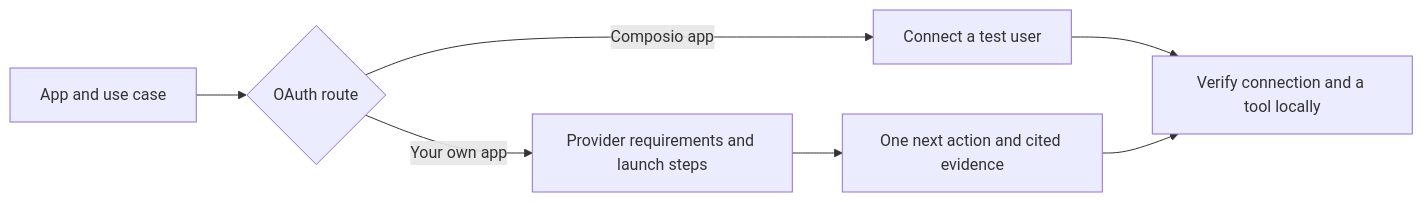
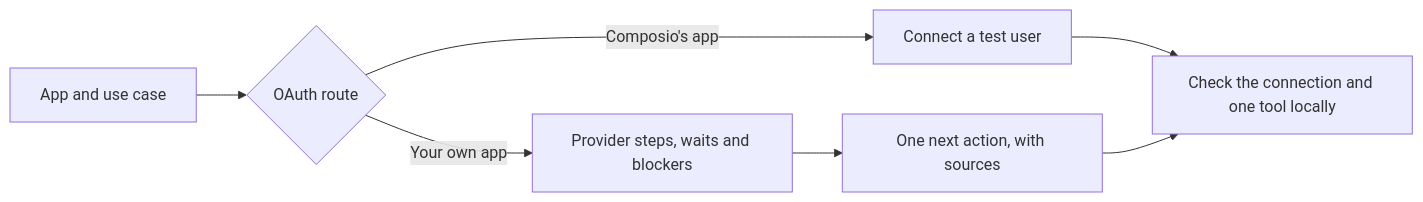
One commit to nanddave/clearance-oauth changed the first of 2 diagrams in README.md. Above: the diagram before and after it, drawn with Mermaid. The commit also changed other lines of this file, not shown here.

Commit message:
docs: architecture diagram, workflows and prompts for exploring Clearance with an agent

````diff
--- a/README.md
+++ b/README.md
@@ -30,9 +30,9 @@
 ```mermaid
 flowchart LR
   A[App and use case] --> B{OAuth route}
-  B -->|Composio app| C[Connect a test user]
-  B -->|Your own app| D[Provider requirements and launch steps]
-  D --> E[One next action and cited evidence]
-  C --> F[Verify connection and a tool locally]
+  B -->|Composio's app| C[Connect a test user]
+  B -->|Your own app| D[Provider steps, waits and blockers]
+  D --> E[One next action, with sources]
+  C --> F[Check the connection and one tool locally]
   E --> F
 ```
````
